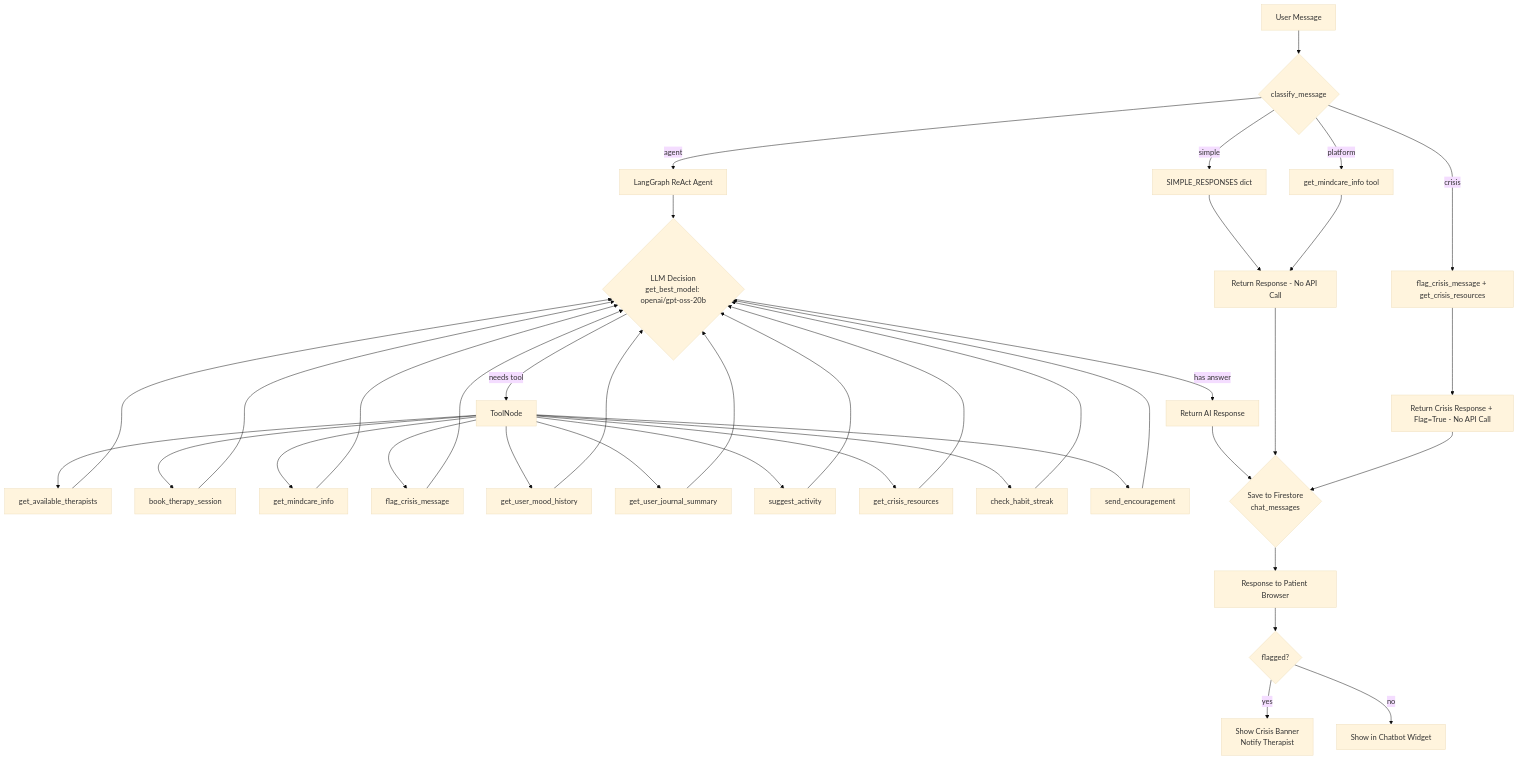
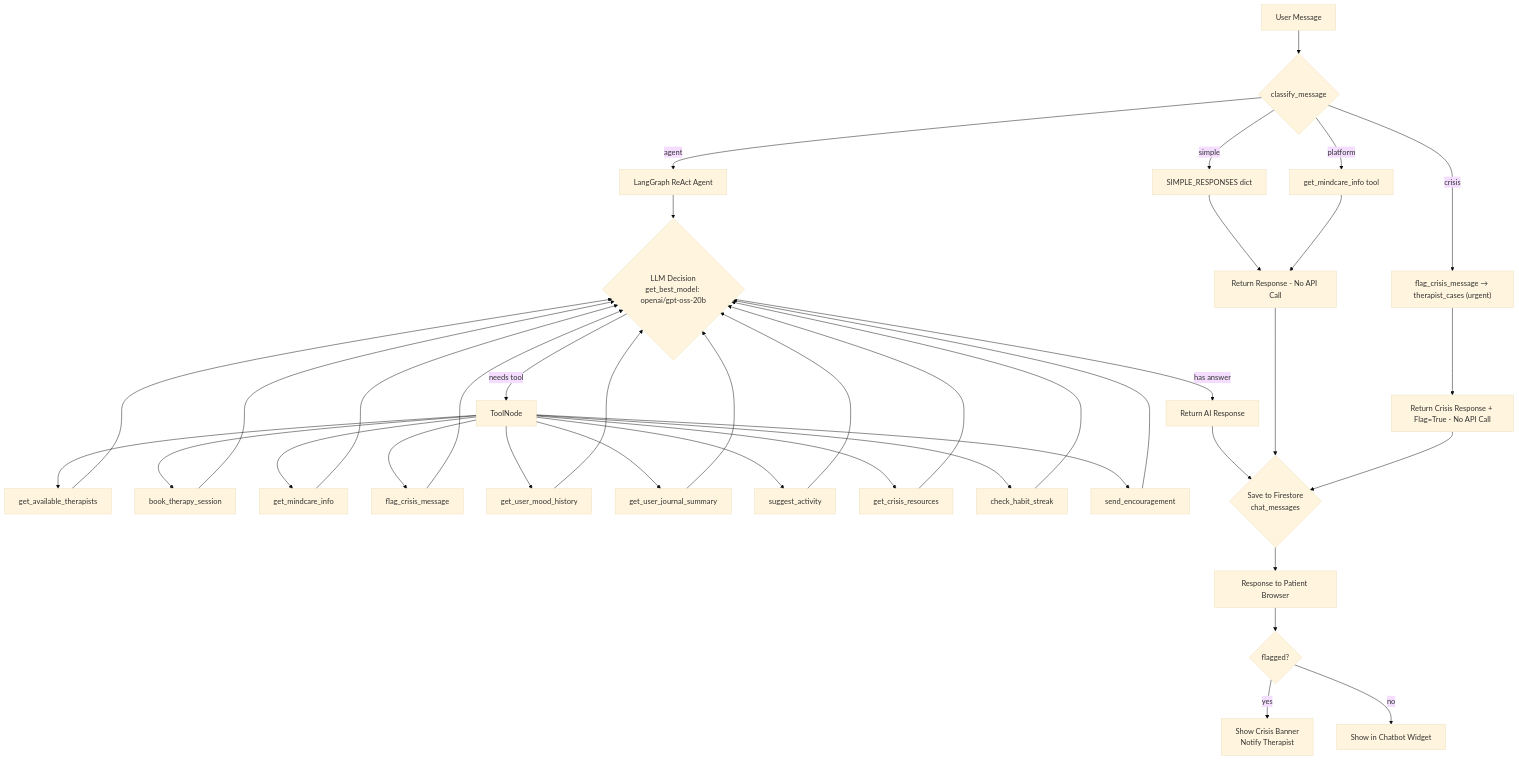
One commit to VeerGetGit/final_mindcare changed the diagram in langgraph_flow.md. Above: the diagram before and after it, drawn with Mermaid (base theme). The commit also changed 1 other file, not shown here.

Commit message:
Final cleanup - update diagrams to reflect simplified 2-collection architecture

````diff
--- a/langgraph_flow.md
+++ b/langgraph_flow.md
@@ -3,49 +3,49 @@
 ```mermaid
 flowchart TD
     A[User Message] --> B{classify_message}
 
     B -->|simple| C[SIMPLE_RESPONSES dict]
     B -->|platform| D[get_mindcare_info tool]
-    B -->|crisis| E[flag_crisis_message + get_crisis_resources]
+    B -->|crisis| E["flag_crisis_message → therapist_cases (urgent)"]
     B -->|agent| F[LangGraph ReAct Agent]
 
     C --> Z[Return Response - No API Call]
     D --> Z
     E --> Y[Return Crisis Response + Flag=True - No API Call]
 
     F --> G{LLM Decision\nget_best_model: openai/gpt-oss-20b}
 
     G -->|needs tool| H[ToolNode]
     G -->|has answer| X[Return AI Response]
 
     H --> T1[get_available_therapists]
     H --> T2[book_therapy_session]
     H --> T3[get_mindcare_info]
     H --> T4[flag_crisis_message]
     H --> T5[get_user_mood_history]
     H --> T6[get_user_journal_summary]
     H --> T7[suggest_activity]
     H --> T8[get_crisis_resources]
     H --> T9[check_habit_streak]
     H --> T10[send_encouragement]
 
     T1 --> G
     T2 --> G
     T3 --> G
     T4 --> G
     T5 --> G
     T6 --> G
     T7 --> G
     T8 --> G
     T9 --> G
     T10 --> G
 
     X --> W{Save to Firestore\nchat_messages}
     Z --> W
     Y --> W
     W --> V[Response to Patient Browser]
 
     V --> U{flagged?}
     U -->|yes| S[Show Crisis Banner\nNotify Therapist]
     U -->|no| R[Show in Chatbot Widget]
 ```
````
